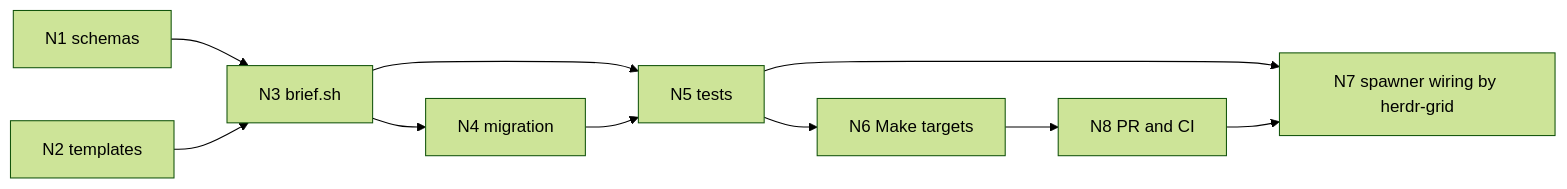
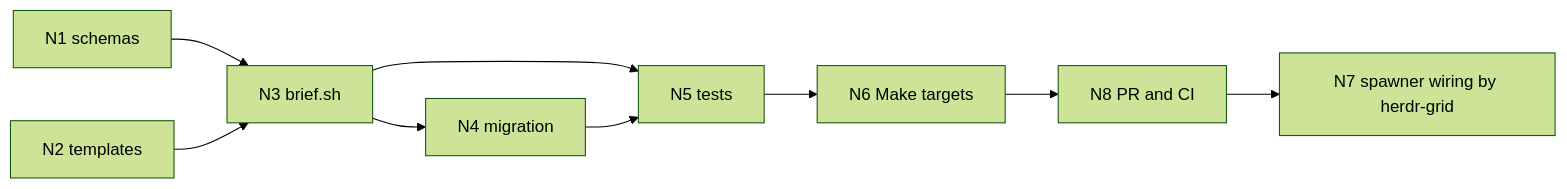
One commit to jkkelley/dotfiles changed the diagram in claude/workflow/templates/a2a/DESIGN.md. Above: the diagram before and after it, drawn with Mermaid (forest theme). The commit also changed other lines of this file and 1 other file, not shown here.

Commit message:
test(workflow): a2a brief-check contract runs through real make; image gains make

````diff
--- a/claude/workflow/templates/a2a/DESIGN.md
+++ b/claude/workflow/templates/a2a/DESIGN.md
@@ -42,12 +42,11 @@
 ```mermaid
 flowchart LR
   N1[N1 schemas] --> N3[N3 brief.sh]
   N2[N2 templates] --> N3
   N3 --> N4[N4 migration]
   N3 --> N5[N5 tests]
   N4 --> N5
   N5 --> N6[N6 Make targets]
-  N5 --> N7[N7 spawner wiring by herdr-grid]
+  N8 --> N7[N7 spawner wiring by herdr-grid]
   N6 --> N8[N8 PR and CI]
-  N8 --> N7
 ```
````
